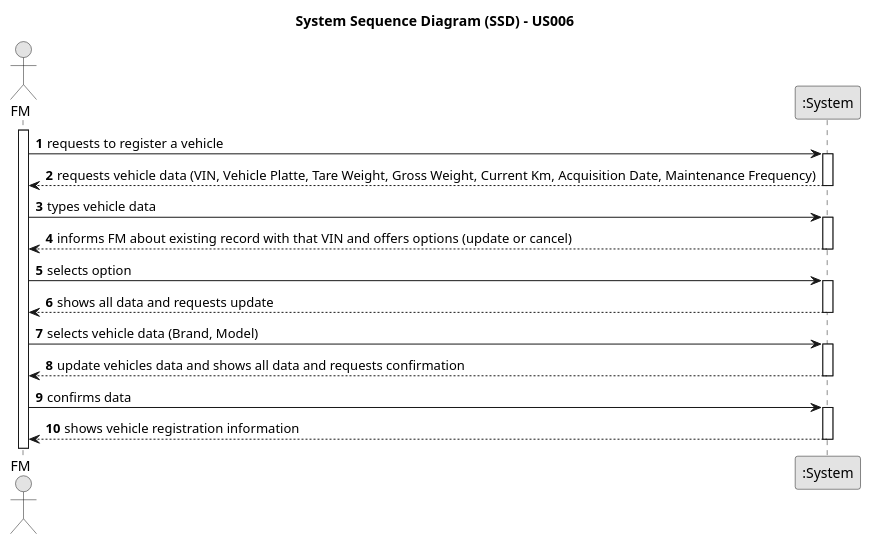
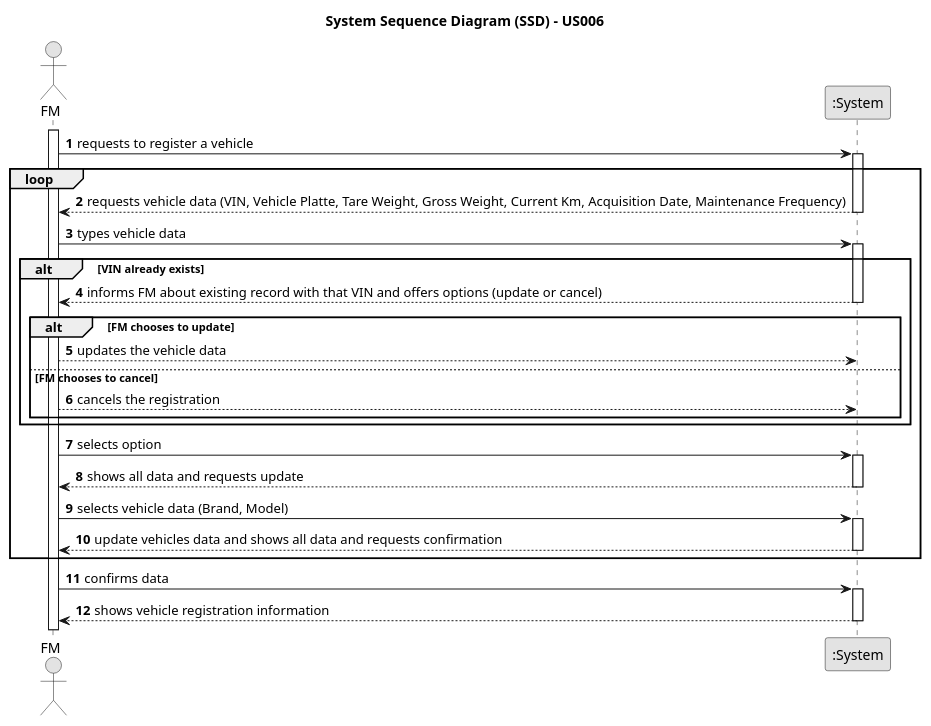
One commit to ricardomm7/leaflink changed the diagram in docs/sprintA/us006/01.requirements-engineering/puml/us006-system-sequence-diagram-alternative-two.puml. Above: the diagram before and after it, drawn with PlantUML. The commit also changed 7 other files, not shown here.

```diff
--- a/docs/sprintA/us006/01.requirements-engineering/puml/us006-system-sequence-diagram-alternative-two.puml
+++ b/docs/sprintA/us006/01.requirements-engineering/puml/us006-system-sequence-diagram-alternative-two.puml
@@ -1,48 +1,59 @@
 @startuml
 skinparam monochrome true
 skinparam packageStyle rectangle
 skinparam shadowing false
 
 title System Sequence Diagram (SSD) - US006
 
 autonumber
 
 actor "FM" as FM
 participant ":System" as System
 
 activate FM
 
     FM -> System : requests to register a vehicle
     activate System
-
+loop
         System --> FM : requests vehicle data (VIN, Vehicle Platte, Tare Weight, Gross Weight, Current Km, Acquisition Date, Maintenance Frequency)
     deactivate System
 
     FM -> System : types vehicle data
     activate System
-
+alt VIN already exists
         System --> FM : informs FM about existing record with that VIN and offers options (update or cancel)
     deactivate System
 
+alt FM chooses to update
+    FM --> System : updates the vehicle data
+        deactivate System
+
+    else FM chooses to cancel
+
+    FM --> System : cancels the registration
+            deactivate System
+            end
+end
     FM -> System : selects option
         activate System
 
         System --> FM : shows all data and requests update
     deactivate System
 
     FM -> System : selects vehicle data (Brand, Model)
             activate System
 
         System --> FM : update vehicles data and shows all data and requests confirmation
 
     deactivate System
+    end
 
     FM -> System : confirms data
     activate System
 
     System --> FM :  shows vehicle registration information
     deactivate System
 
 
 
 @enduml
```
